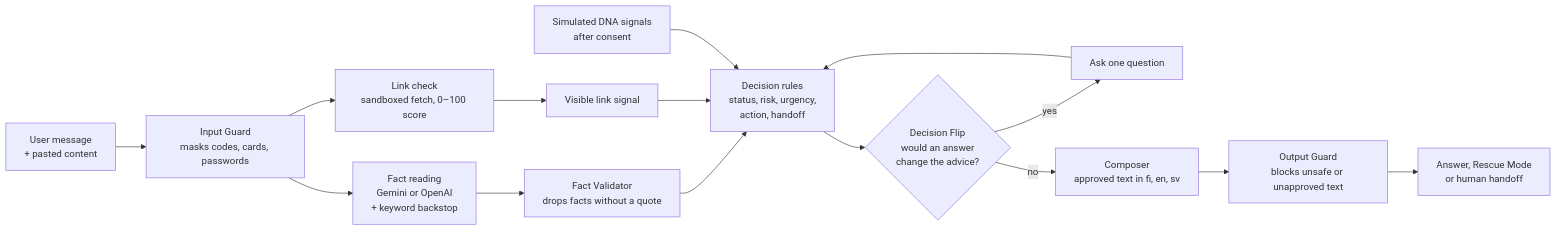
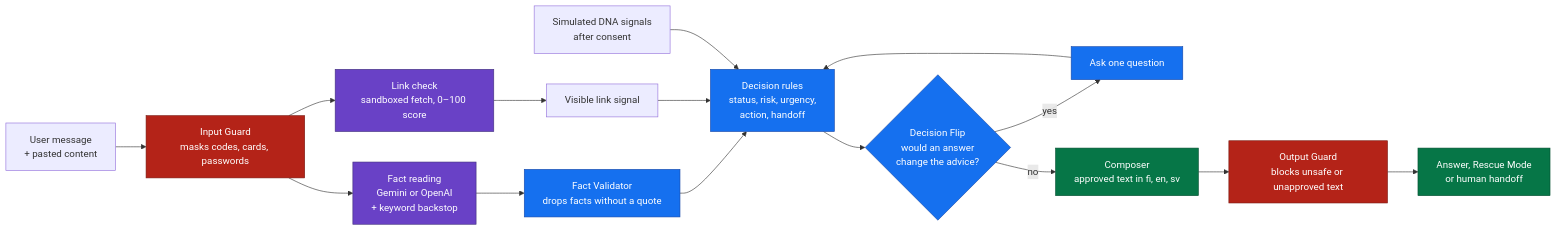
The first of 4 diagrams in README.md (Arsham1ho/TBL_Hacketon_2026), drawn with Mermaid before and after one commit. The commit also changed other lines of this file and 6 other files, not shown here.

First line of the commit message:
Add production screenshots and charts to the README

````diff
--- a/README.md
+++ b/README.md
@@ -113,17 +166,26 @@
 ```mermaid
 flowchart LR
     U[User message<br/>+ pasted content] --> G[Input Guard<br/>masks codes, cards, passwords]
     G --> R[Fact reading<br/>Gemini or OpenAI<br/>+ keyword backstop]
     G --> L[Link check<br/>sandboxed fetch, 0–100 score]
     R --> V[Fact Validator<br/>drops facts without a quote]
     L --> S[Visible link signal]
     V --> D[Decision rules<br/>status, risk, urgency,<br/>action, handoff]
     S --> D
     C[Simulated DNA signals<br/>after consent] --> D
     D --> F{Decision Flip<br/>would an answer<br/>change the advice?}
     F -- yes --> Q[Ask one question]
     Q --> D
     F -- no --> O[Composer<br/>approved text in fi, en, sv]
     O --> X[Output Guard<br/>blocks unsafe or unapproved text]
     X --> A[Answer, Rescue Mode<br/>or human handoff]
+
+    classDef guard fill:#b42318,stroke:#7a1810,color:#fff
+    classDef llm fill:#6941c6,stroke:#42307d,color:#fff
+    classDef rules fill:#1570ef,stroke:#1849a9,color:#fff
+    classDef out fill:#067647,stroke:#054f31,color:#fff
+    class G,X guard
+    class R,L llm
+    class V,D,F,Q rules
+    class O,A out
 ```
````
